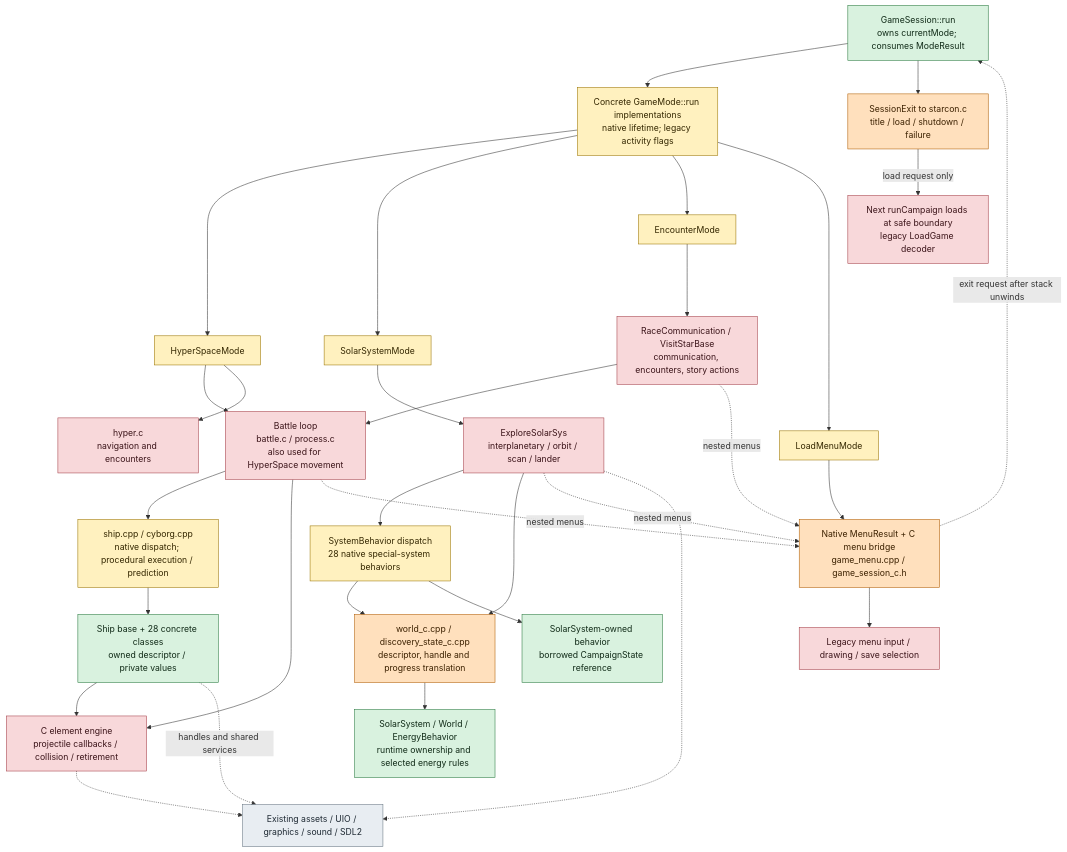
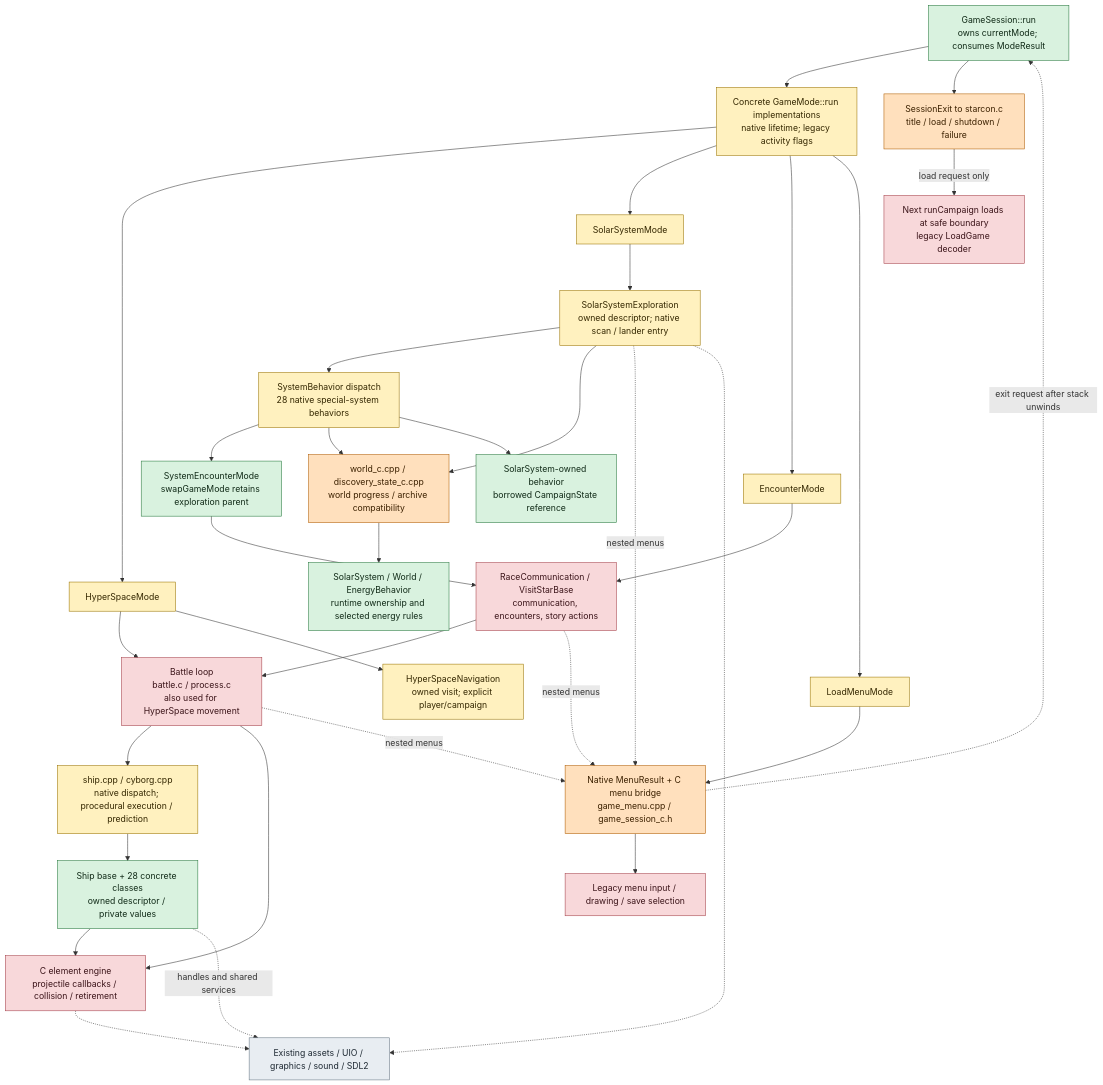
The first of 3 diagrams in docs/design/runtime-map.md (yost-jacob/uqm-cpp17), drawn with Mermaid before and after one commit. The commit also changed other lines of this file and 6 other files, not shown here.

Commit message:
Document exploration navigation encounter and lander runtime boundaries

````diff
--- a/docs/design/runtime-map.md
+++ b/docs/design/runtime-map.md
@@ -20,46 +20,48 @@
 ```mermaid
 flowchart TD
     D["GameSession::run<br/>owns currentMode; consumes ModeResult"]:::native
     M["Concrete GameMode::run implementations<br/>native lifetime; legacy activity flags"]:::mixed
     D --> M
     M --> H["HyperSpaceMode"]:::mixed
     M --> S["SolarSystemMode"]:::mixed
     M --> E["EncounterMode"]:::mixed
     M --> O["LoadMenuMode"]:::mixed
 
     H --> B["Battle loop<br/>battle.c / process.c<br/>also used for HyperSpace movement"]:::legacy
-    H --> HP["hyper.c<br/>navigation and encounters"]:::legacy
-    S --> EX["ExploreSolarSys<br/>interplanetary / orbit / scan / lander"]:::legacy
+    H --> HP["HyperSpaceNavigation<br/>owned visit; explicit player/campaign"]:::mixed
+    S --> EX["SolarSystemExploration<br/>owned descriptor; native scan / lander entry"]:::mixed
     E --> EC["RaceCommunication / VisitStarBase<br/>communication, encounters, story actions"]:::legacy
     EC --> B
 
     B --> SE["ship.cpp / cyborg.cpp<br/>native dispatch; procedural execution / prediction"]:::mixed
     SE --> SH["Ship base + 28 concrete classes<br/>owned descriptor / private values"]:::native
     SH --> EL["C element engine<br/>projectile callbacks / collision / retirement"]:::legacy
     B --> EL
 
     EX --> GEN["SystemBehavior dispatch<br/>28 native special-system behaviors"]:::mixed
-    EX --> WA["world_c.cpp / discovery_state_c.cpp<br/>descriptor, handle and progress translation"]:::adapter
+    EX --> WA["world_c.cpp / discovery_state_c.cpp<br/>world progress / archive compatibility"]:::adapter
+    GEN --> CHILD["SystemEncounterMode<br/>swapGameMode retains exploration parent"]:::native
+    CHILD --> EC
     GEN --> WA
     GEN --> SB["SolarSystem-owned behavior<br/>borrowed CampaignState reference"]:::native
     WA --> WO["SolarSystem / World / EnergyBehavior<br/>runtime ownership and selected energy rules"]:::native
 
     O --> MN["Native MenuResult + C menu bridge<br/>game_menu.cpp / game_session_c.h"]:::adapter
     B -. nested menus .-> MN
     EX -. nested menus .-> MN
     EC -. nested menus .-> MN
     MN --> UI["Legacy menu input / drawing / save selection"]:::legacy
     MN -. exit request after stack unwinds .-> D
     D --> EXIT["SessionExit to starcon.c<br/>title / load / shutdown / failure"]:::adapter
     EXIT -->|load request only| LOAD["Next runCampaign loads at safe boundary<br/>legacy LoadGame decoder"]:::legacy
 
     SH -. handles and shared services .-> RES["Existing assets / UIO / graphics / sound / SDL2"]:::foundation
     EL -.-> RES
     EX -.-> RES
 
     classDef native fill:#d9f2df,stroke:#27783d,color:#102a17;
     classDef mixed fill:#fff1bf,stroke:#9a7400,color:#342700;
     classDef adapter fill:#ffe0bd,stroke:#af5c00,color:#3c2100;
     classDef legacy fill:#f8d8da,stroke:#a43f48,color:#3b1419;
     classDef foundation fill:#e8edf2,stroke:#667582,color:#1e2933;
 ```
````
